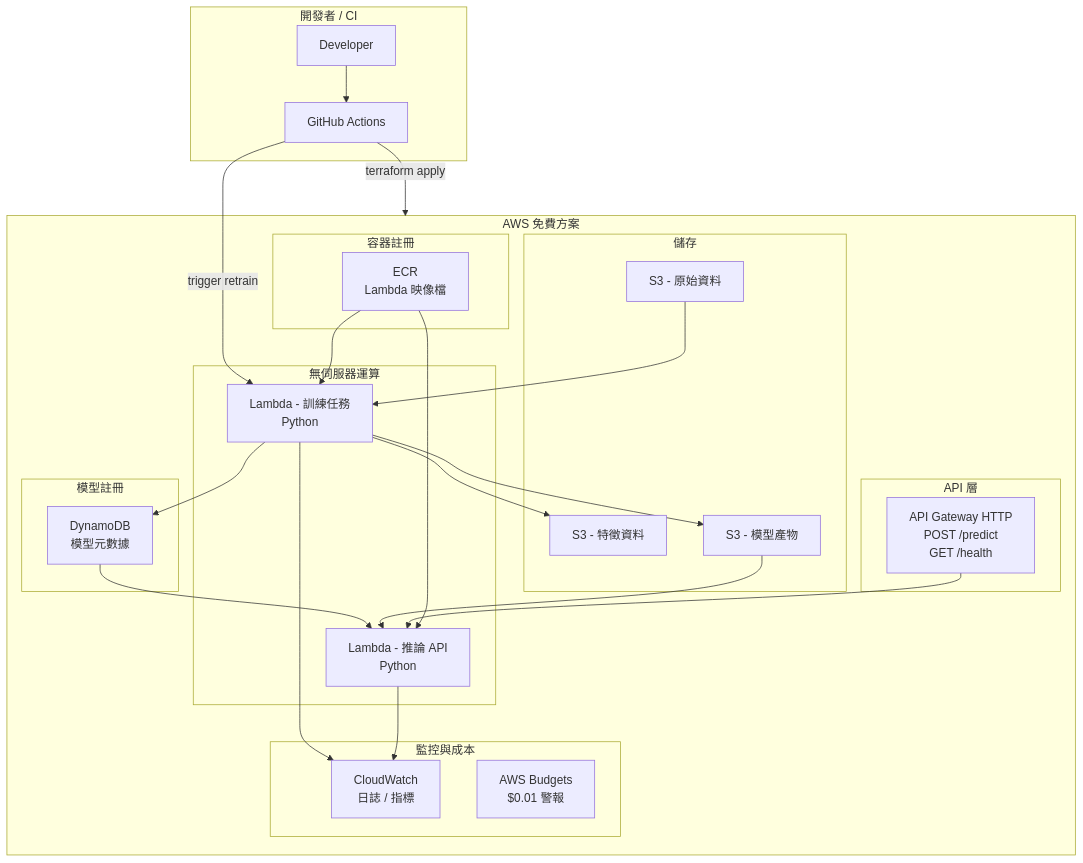
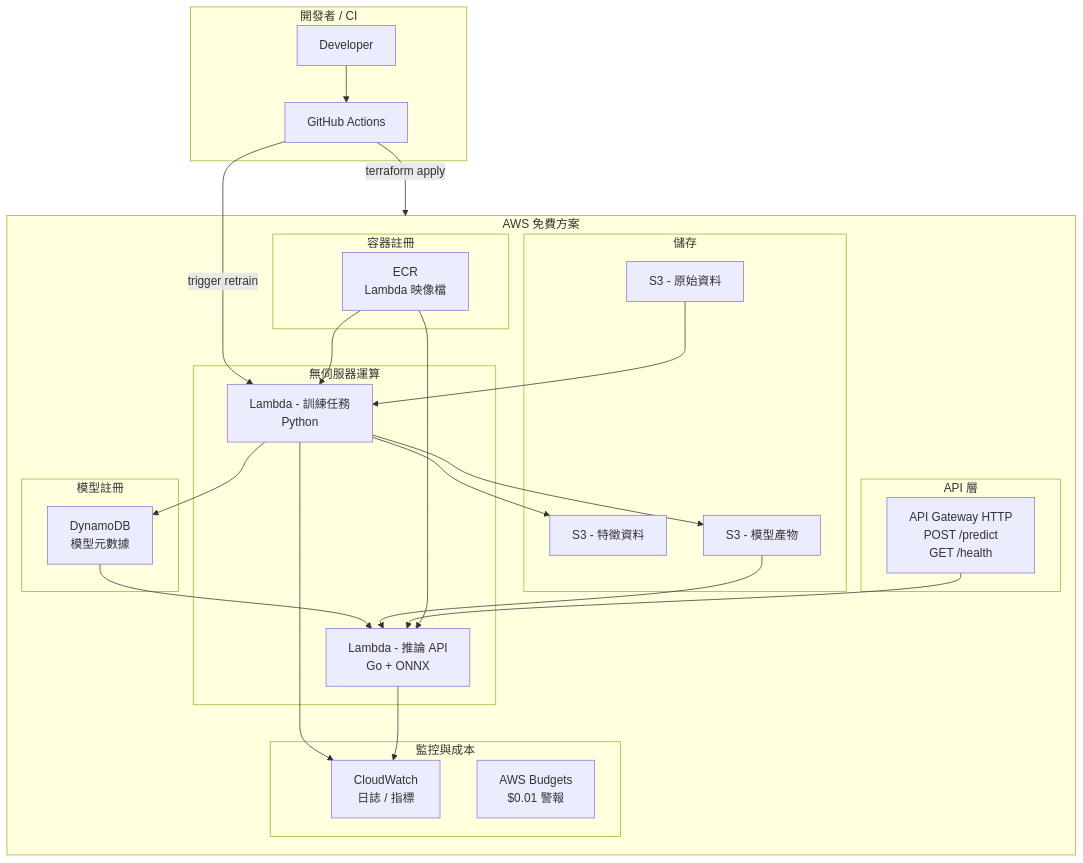
One commit to karevin07/terraform-mlops-pipeline changed the diagram in README_zh-TW.md. Above: the diagram before and after it, drawn with Mermaid. The commit also changed other lines of this file and 12 other files, not shown here.

````diff
--- a/README_zh-TW.md
+++ b/README_zh-TW.md
@@ -21,57 +22,57 @@
 ```mermaid
 flowchart TB
     subgraph Dev["開發者 / CI"]
         DEV[Developer]
         GH[GitHub Actions]
     end
 
     subgraph AWS["AWS 免費方案"]
         subgraph Storage["儲存"]
             S3_RAW[S3 - 原始資料]
             S3_FEATURE[S3 - 特徵資料]
             S3_MODEL[S3 - 模型產物]
         end
 
         subgraph Compute["無伺服器運算"]
             LAMBDA_TRAIN[Lambda - 訓練任務<br/>Python]
-            LAMBDA_INFER[Lambda - 推論 API<br/>Python]
+            LAMBDA_INFER[Lambda - 推論 API<br/>Go + ONNX]
         end
 
         subgraph Registry["模型註冊"]
             DDB[DynamoDB<br/>模型元數據]
         end
 
         subgraph Gateway["API 層"]
             APIGW[API Gateway HTTP<br/>POST /predict<br/>GET /health]
         end
 
         subgraph Observability["監控與成本"]
             CW[CloudWatch<br/>日誌 / 指標]
             BUDGET[AWS Budgets<br/>$0.01 警報]
         end
 
         subgraph Container["容器註冊"]
             ECR[ECR<br/>Lambda 映像檔]
         end
     end
 
     DEV --> GH
     GH -->|terraform apply| AWS
     GH -->|trigger retrain| LAMBDA_TRAIN
 
     S3_RAW --> LAMBDA_TRAIN
     LAMBDA_TRAIN --> S3_FEATURE
     LAMBDA_TRAIN --> S3_MODEL
     LAMBDA_TRAIN --> DDB
 
     DDB --> LAMBDA_INFER
     S3_MODEL --> LAMBDA_INFER
 
     APIGW --> LAMBDA_INFER
 
     ECR --> LAMBDA_TRAIN
     ECR --> LAMBDA_INFER
 
     LAMBDA_TRAIN --> CW
     LAMBDA_INFER --> CW
 ```
````
